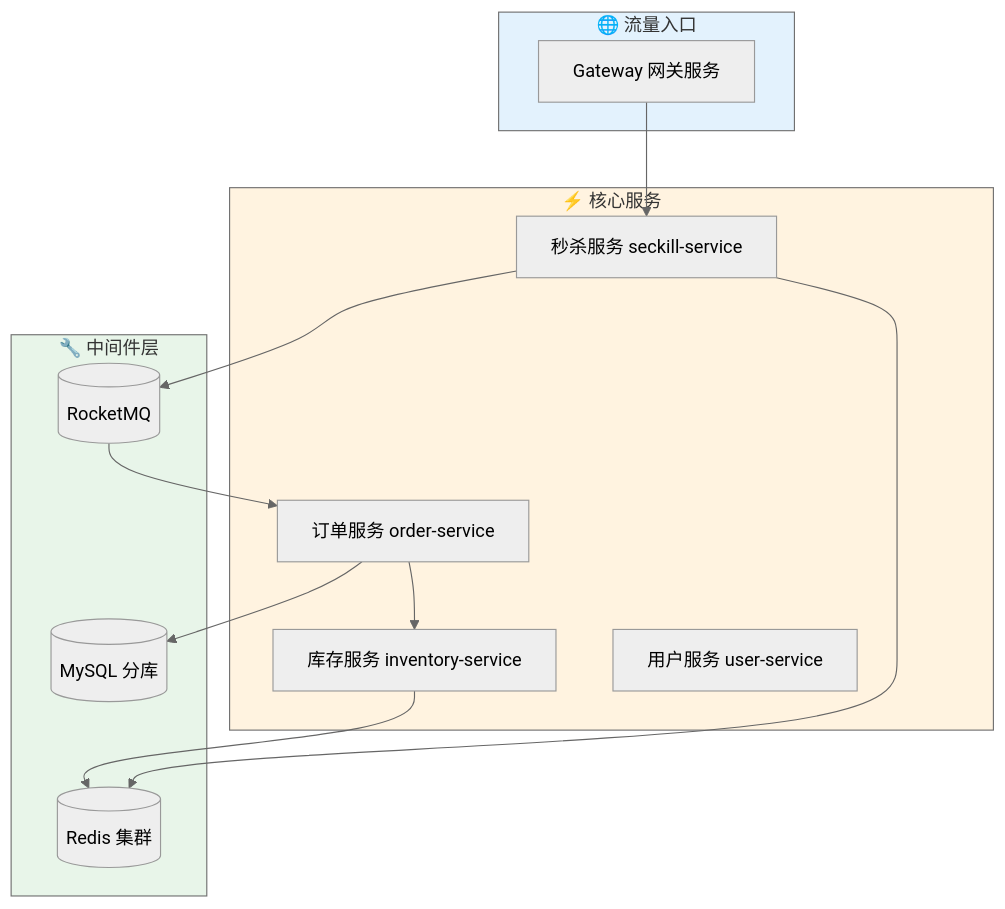
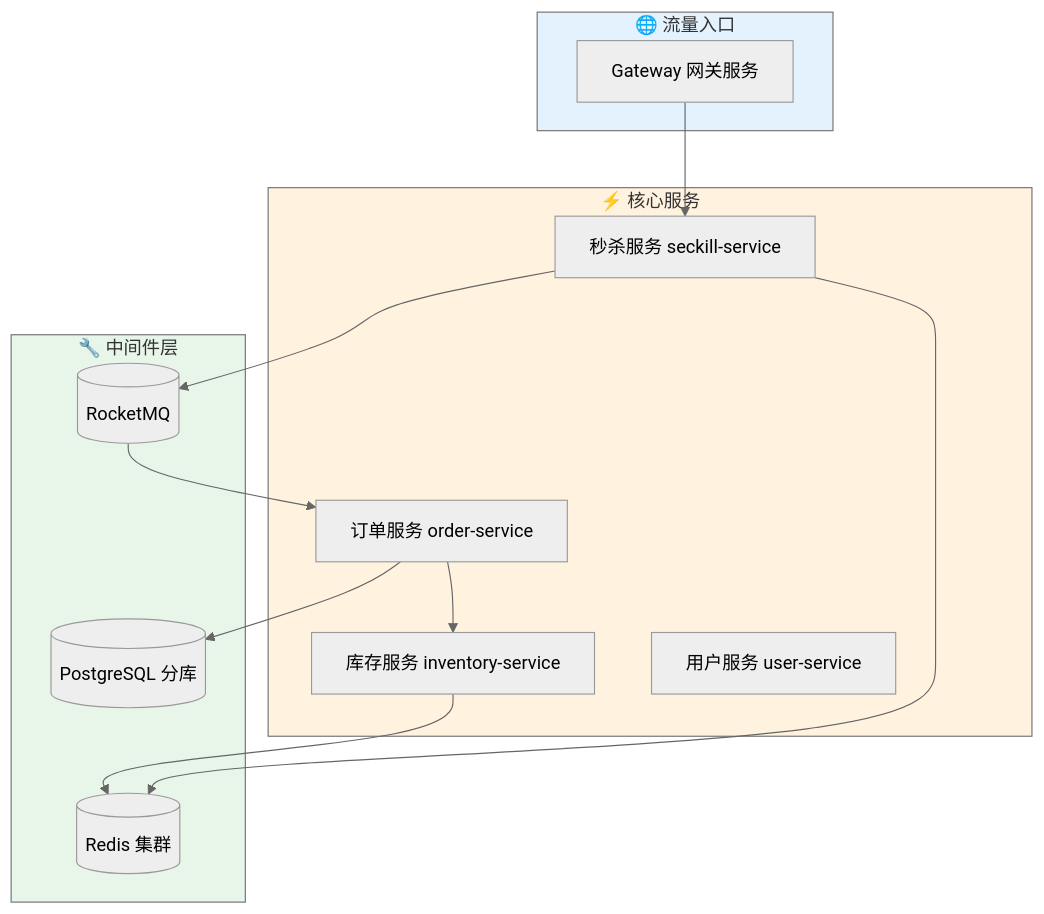
Before and after one commit to yjiace/smallyoung_blog: the third of 5 diagrams in docs/034-Spring-Cloud秒杀系统设计全解析.md, drawn with Mermaid (neutral theme). The commit also changed other lines of this file, not shown here.

````diff
--- a/docs/034-Spring-Cloud秒杀系统设计全解析.md
+++ b/docs/034-Spring-Cloud秒杀系统设计全解析.md
@@ -146,27 +148,27 @@
 ```mermaid
 flowchart TB
     subgraph 入口["🌐 流量入口"]
         GW[Gateway 网关服务]
     end
     subgraph 核心["⚡ 核心服务"]
         SK[秒杀服务 seckill-service]
         ORD[订单服务 order-service]
         INV[库存服务 inventory-service]
         USR[用户服务 user-service]
     end
     subgraph 中间件["🔧 中间件层"]
         RD[(Redis 集群)]
         MQ[(RocketMQ)]
-        DB[(MySQL 分库)]
+        DB[(PostgreSQL 分库)]
     end
     GW --> SK
     SK --> RD
     SK --> MQ
     MQ --> ORD
     ORD --> INV
     ORD --> DB
     INV --> RD
     style 入口 fill:#e3f2fd
     style 核心 fill:#fff3e0
     style 中间件 fill:#e8f5e9
 ```
````
